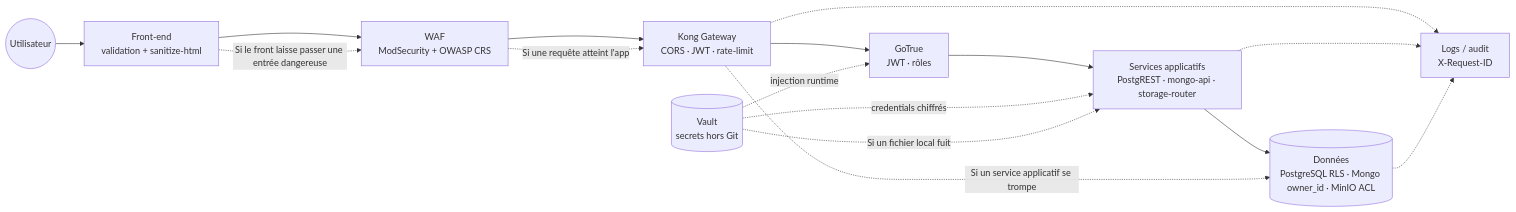
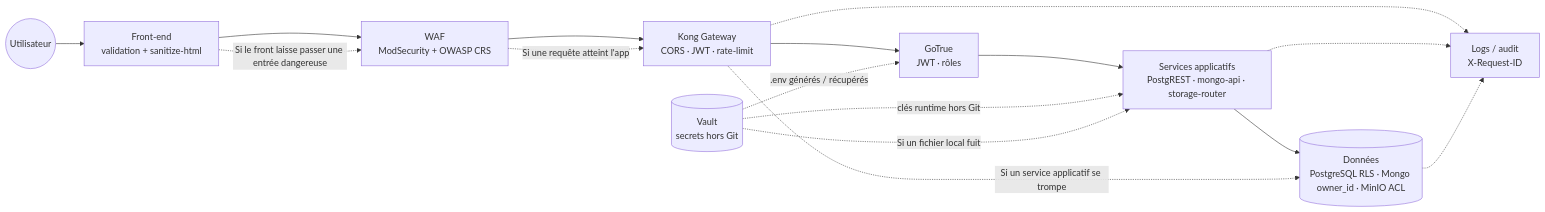
Before and after one commit to Univers42/groot: the sixth of 12 diagrams in wiki/README.md, drawn with Mermaid. The commit also changed other lines of this file and 21 other files, not shown here.

````diff
--- a/wiki/README.md
+++ b/wiki/README.md
@@ -910,24 +919,24 @@
 ```mermaid
 flowchart LR
     USER(("Utilisateur"))
     FRONT["Front-end<br/>validation + sanitize-html"]
     WAF["WAF<br/>ModSecurity + OWASP CRS"]
     KONG["Kong Gateway<br/>CORS · JWT · rate-limit"]
     AUTH["GoTrue<br/>JWT · rôles"]
     API["Services applicatifs<br/>PostgREST · mongo-api · storage-router"]
     DATA[("Données<br/>PostgreSQL RLS · Mongo owner_id · MinIO ACL")]
     VAULT[("Vault<br/>secrets hors Git")]
     LOG["Logs / audit<br/>X-Request-ID"]
 
     USER --> FRONT --> WAF --> KONG --> AUTH --> API --> DATA
-    VAULT -.->|injection runtime| AUTH
-    VAULT -.->|credentials chiffrés| API
+    VAULT -.->|.env générés / récupérés| AUTH
+    VAULT -.->|clés runtime hors Git| API
     KONG -.-> LOG
     API -.-> LOG
     DATA -.-> LOG
 
     FRONT -.->|Si le front laisse passer une entrée dangereuse| WAF
     WAF -.->|Si une requête atteint l'app| KONG
     KONG -.->|Si un service applicatif se trompe| DATA
     VAULT -.->|Si un fichier local fuit| API
 ```
````
